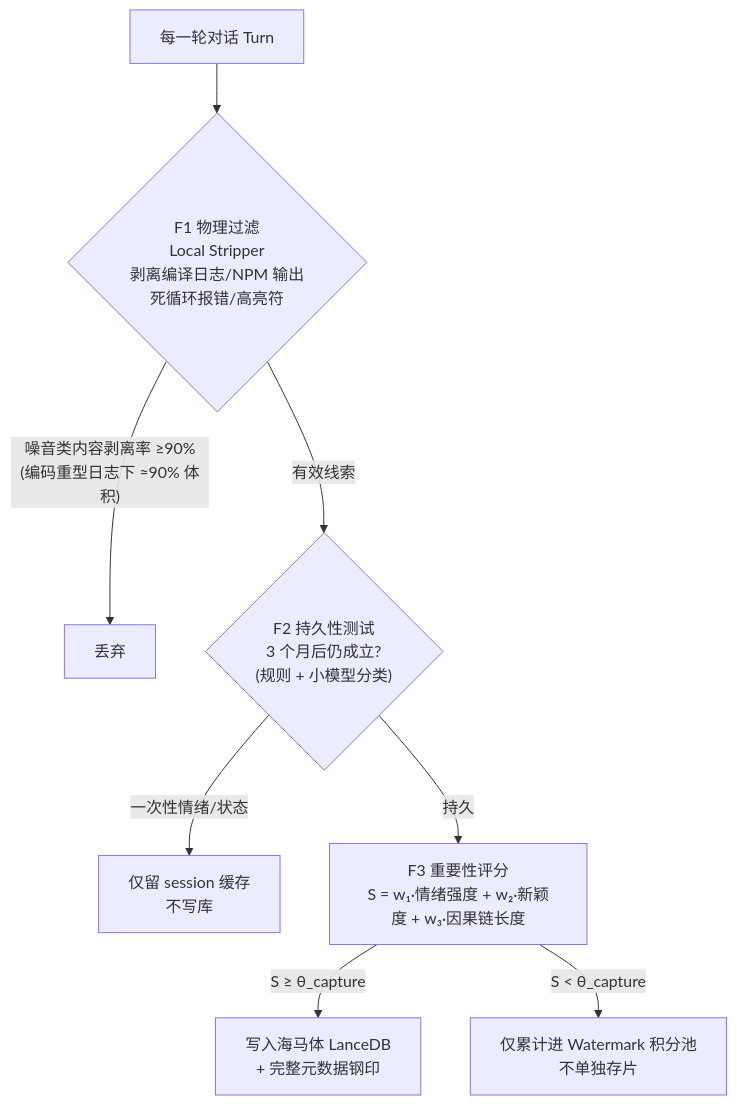
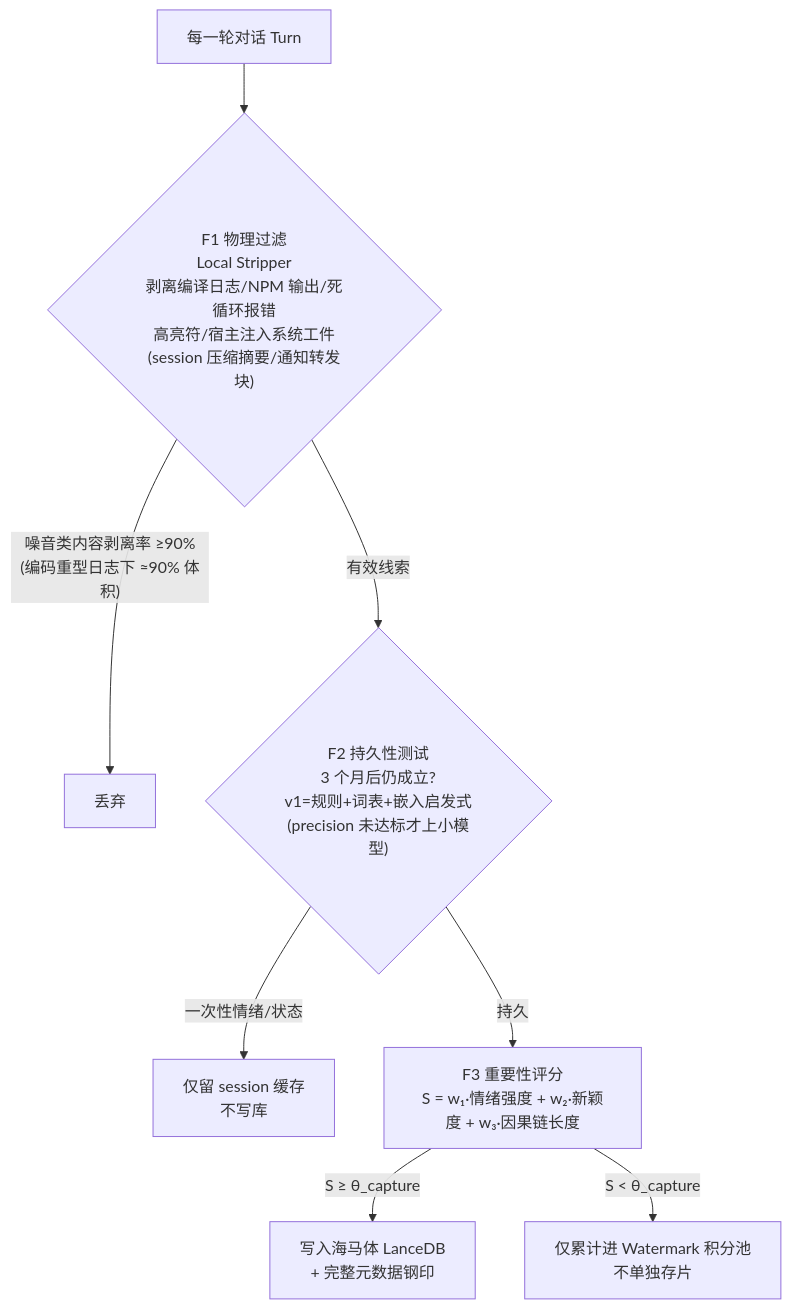
Before and after one commit to MnemoSeed/mnemoseed: the second of 7 diagrams in docs/design/01-记忆管线五阶段.md, drawn with Mermaid. The commit also changed 10 other files, not shown here.

````diff
--- a/docs/design/01-记忆管线五阶段.md
+++ b/docs/design/01-记忆管线五阶段.md
@@ -53,13 +53,13 @@
 ```mermaid
 flowchart TB
     Turn["每一轮对话 Turn"] --> F1
-    F1{"F1 物理过滤<br/>Local Stripper<br/>剥离编译日志/NPM 输出<br/>死循环报错/高亮符"}
+    F1{"F1 物理过滤<br/>Local Stripper<br/>剥离编译日志/NPM 输出/死循环报错<br/>高亮符/宿主注入系统工件<br/>(session 压缩摘要/通知转发块)"}
     F1 -->|"噪音类内容剥离率 ≥90%<br/>(编码重型日志下 ≈90% 体积)"| Trash1["丢弃"]
     F1 -->|"有效线索"| F2
-    F2{"F2 持久性测试<br/>3 个月后仍成立?<br/>(规则 + 小模型分类)"}
+    F2{"F2 持久性测试<br/>3 个月后仍成立?<br/>v1=规则+词表+嵌入启发式<br/>(precision 未达标才上小模型)"}
     F2 -->|"一次性情绪/状态"| Trash2["仅留 session 缓存<br/>不写库"]
     F2 -->|"持久"| F3
     F3["F3 重要性评分<br/>S = w₁·情绪强度 + w₂·新颖度 + w₃·因果链长度"]
     F3 -->|"S ≥ θ_capture"| Write["写入海马体 LanceDB<br/>+ 完整元数据钢印"]
     F3 -->|"S < θ_capture"| PoolNote["仅累计进 Watermark 积分池<br/>不单独存片"]
 ```
````
